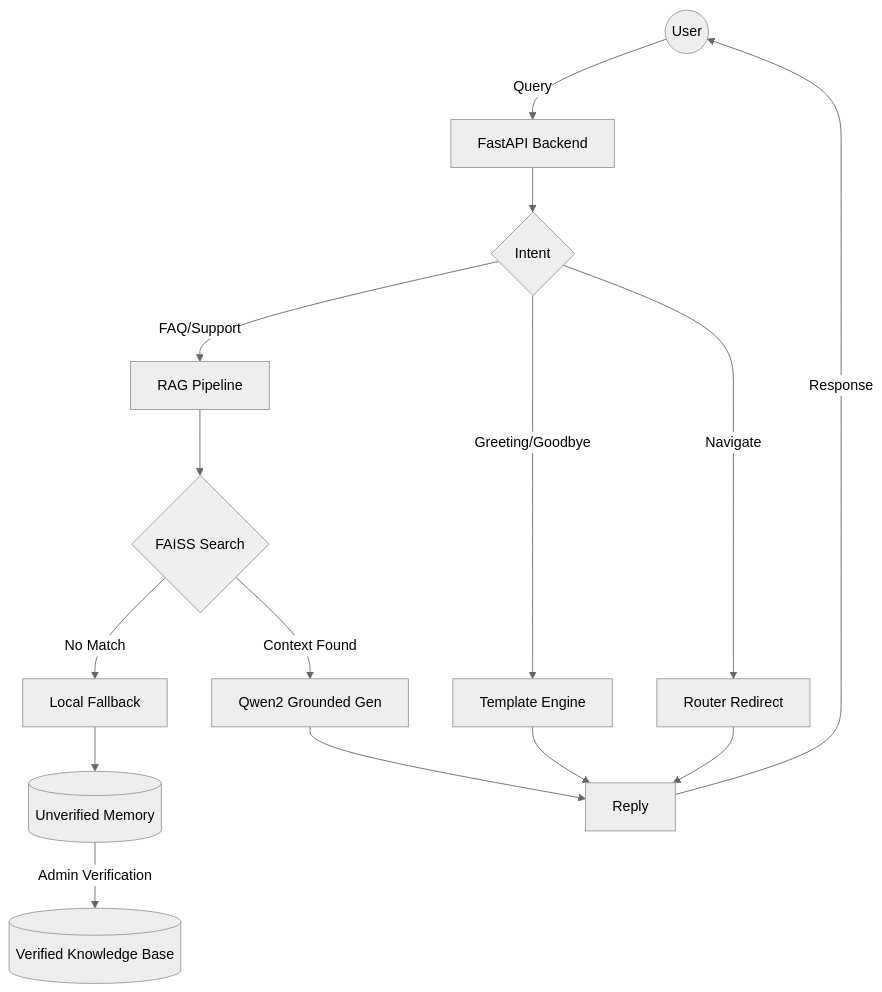
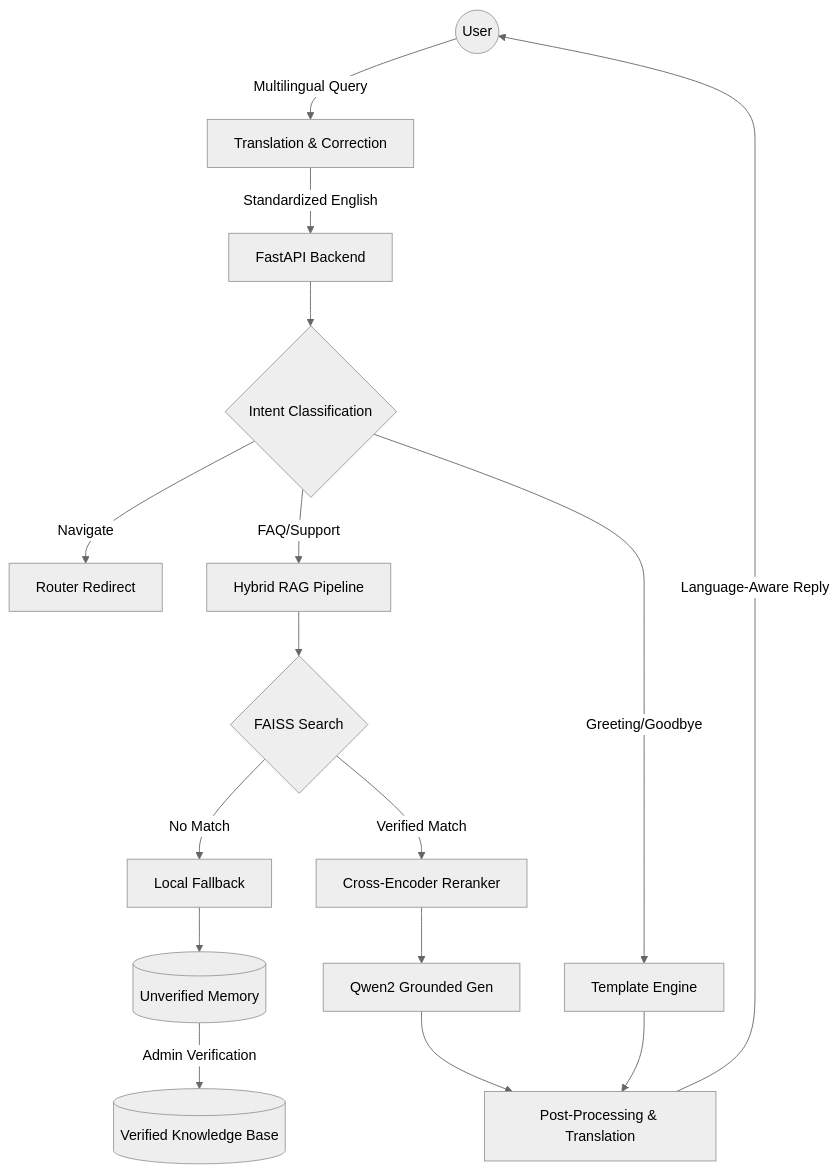
The diagram in README.md (Ruzin413/RAG-CustomerCareBot), drawn with Mermaid (neutral theme) before and after one commit. The commit also changed other lines of this file, not shown here.

````diff
--- a/README.md
+++ b/README.md
@@ -28,20 +31,24 @@
 ```mermaid
 graph TD
-    User((User)) -->|Query| API[FastAPI Backend]
-    API --> Intent{Intent}
+    User((User)) -->|Multilingual Query| Trans[Translation & Correction]
+    Trans -->|Standardized English| API[FastAPI Backend]
+    
+    API --> Intent{Intent Classification}
+    
     Intent -->|Greeting/Goodbye| Template[Template Engine]
     Intent -->|Navigate| Redirect[Router Redirect]
-    Intent -->|FAQ/Support| RAG[RAG Pipeline]
+    Intent -->|FAQ/Support| RAG[Hybrid RAG Pipeline]
     
     RAG --> Search{FAISS Search}
-    Search -->|Context Found| Gen[Qwen2 Grounded Gen]
+    Search -->|Verified Match| Rerank[Cross-Encoder Reranker]
+    Rerank --> Gen[Qwen2 Grounded Gen]
+    
     Search -->|No Match| Fallback[Local Fallback]
+    Fallback --> Unverified[(Unverified Memory)]
     
-    Fallback --> Memory[(Unverified Memory)]
-    Memory -->|Admin Verification| KB[(Verified Knowledge Base)]
+    Unverified -->|Admin Verification| KB[(Verified Knowledge Base)]
     
-    Gen --> Reply
-    Template --> Reply
-    Redirect --> Reply
-    Reply -->|Response| User
+    Gen --> Post[Post-Processing & Translation]
+    Template --> Post
+    Post -->|Language-Aware Reply| User
 ```
````
